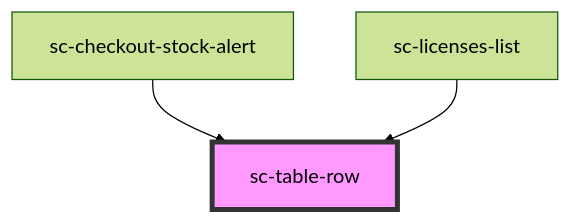
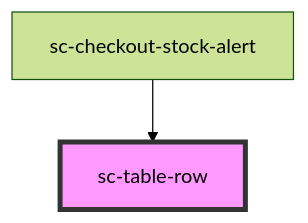
One commit to surecart/surecart-wp-plugin changed the diagram in packages/components/src/components/ui/table-row/readme.md. Above: the diagram before and after it, drawn with Mermaid (forest theme). The commit also changed other lines of this file and 17 other files, not shown here.

````diff
--- a/packages/components/src/components/ui/table-row/readme.md
+++ b/packages/components/src/components/ui/table-row/readme.md
@@ -23,6 +22,5 @@
 ```mermaid
 graph TD;
   sc-checkout-stock-alert --> sc-table-row
-  sc-licenses-list --> sc-table-row
   style sc-table-row fill:#f9f,stroke:#333,stroke-width:4px
 ```
````
